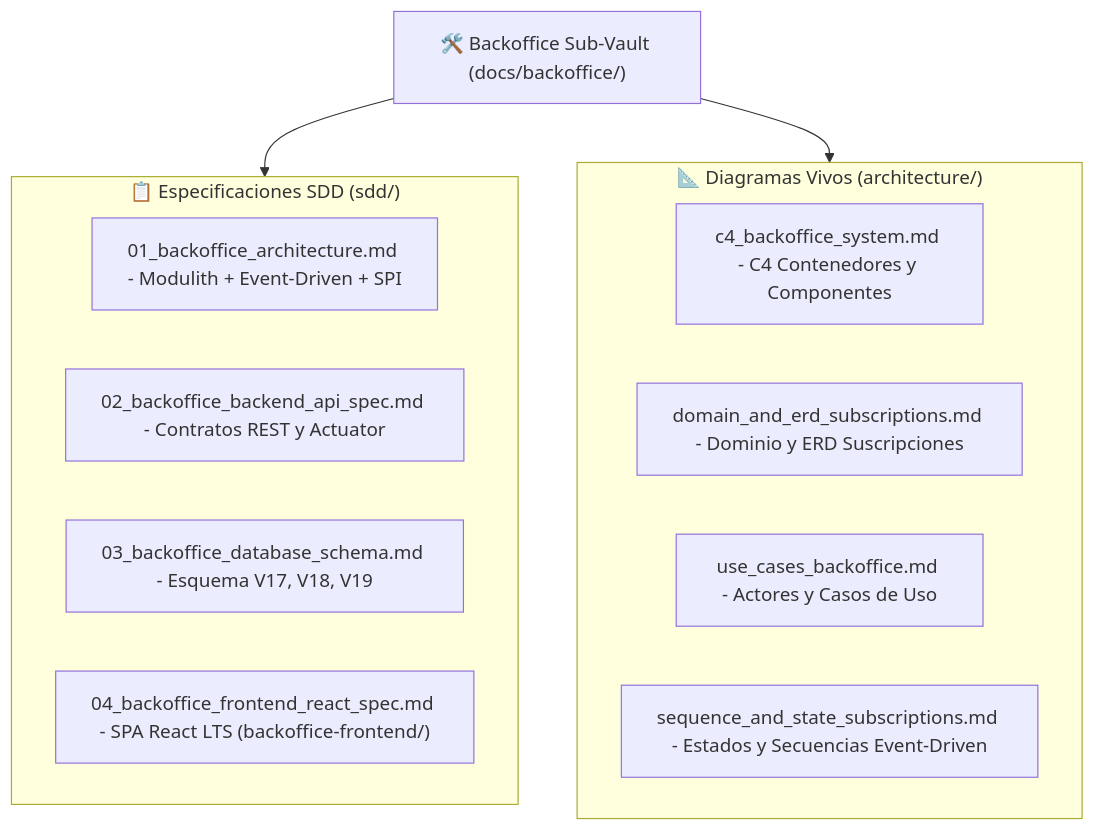
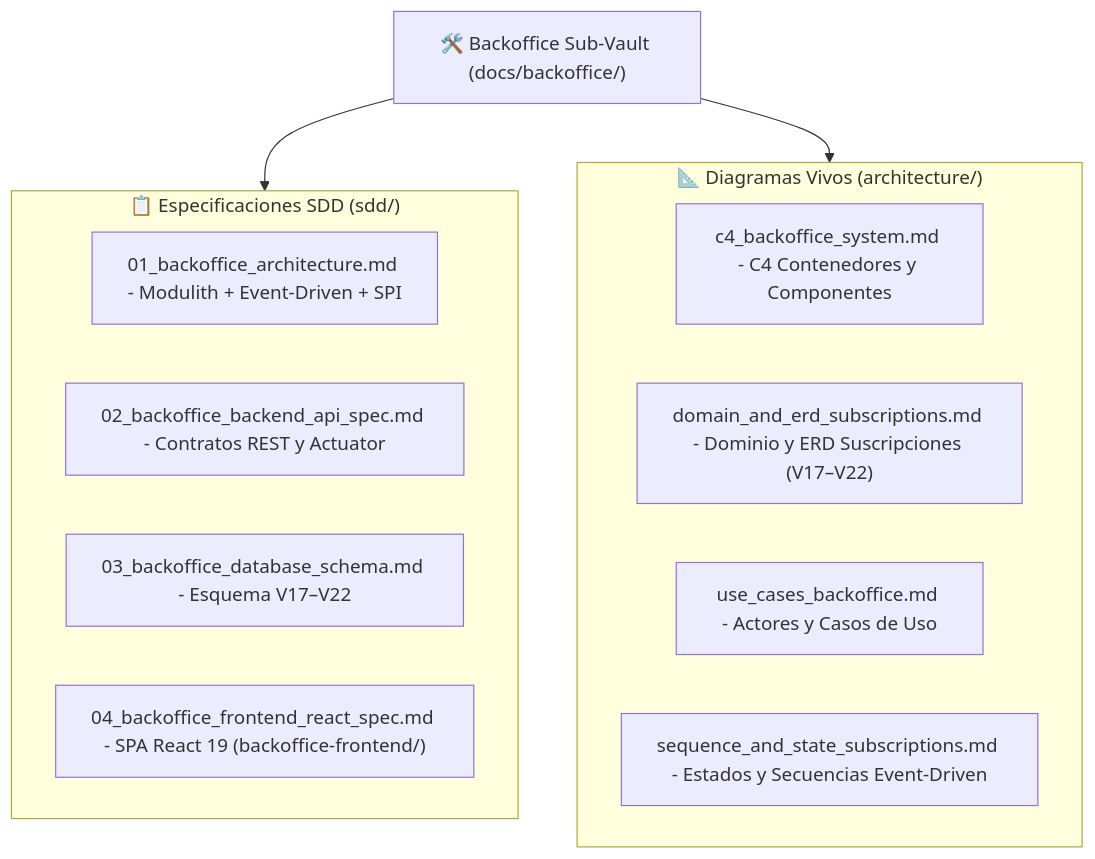
The diagram in docs/backoffice/README.md (vakajose/gestion-restaurante), drawn with Mermaid before and after one commit. The commit also changed other lines of this file and 156 other files, not shown here.

````diff
--- a/docs/backoffice/README.md
+++ b/docs/backoffice/README.md
@@ -27,21 +27,21 @@
 ```mermaid
 graph TD
     Root["🛠️ Backoffice Sub-Vault (docs/backoffice/)"]
 
     subgraph SecSDD["📋 Especificaciones SDD (sdd/)"]
         S1["01_backoffice_architecture.md - Modulith + Event-Driven + SPI"]
         S2["02_backoffice_backend_api_spec.md - Contratos REST y Actuator"]
-        S3["03_backoffice_database_schema.md - Esquema V17, V18, V19"]
-        S4["04_backoffice_frontend_react_spec.md - SPA React LTS (backoffice-frontend/)"]
+        S3["03_backoffice_database_schema.md - Esquema V17–V22"]
+        S4["04_backoffice_frontend_react_spec.md - SPA React 19 (backoffice-frontend/)"]
     end
 
     subgraph SecArch["📐 Diagramas Vivos (architecture/)"]
         A1["c4_backoffice_system.md - C4 Contenedores y Componentes"]
-        A2["domain_and_erd_subscriptions.md - Dominio y ERD Suscripciones"]
+        A2["domain_and_erd_subscriptions.md - Dominio y ERD Suscripciones (V17–V22)"]
         A3["use_cases_backoffice.md - Actores y Casos de Uso"]
         A4["sequence_and_state_subscriptions.md - Estados y Secuencias Event-Driven"]
     end
 
     Root --> SecSDD
     Root --> SecArch
 ```
````
